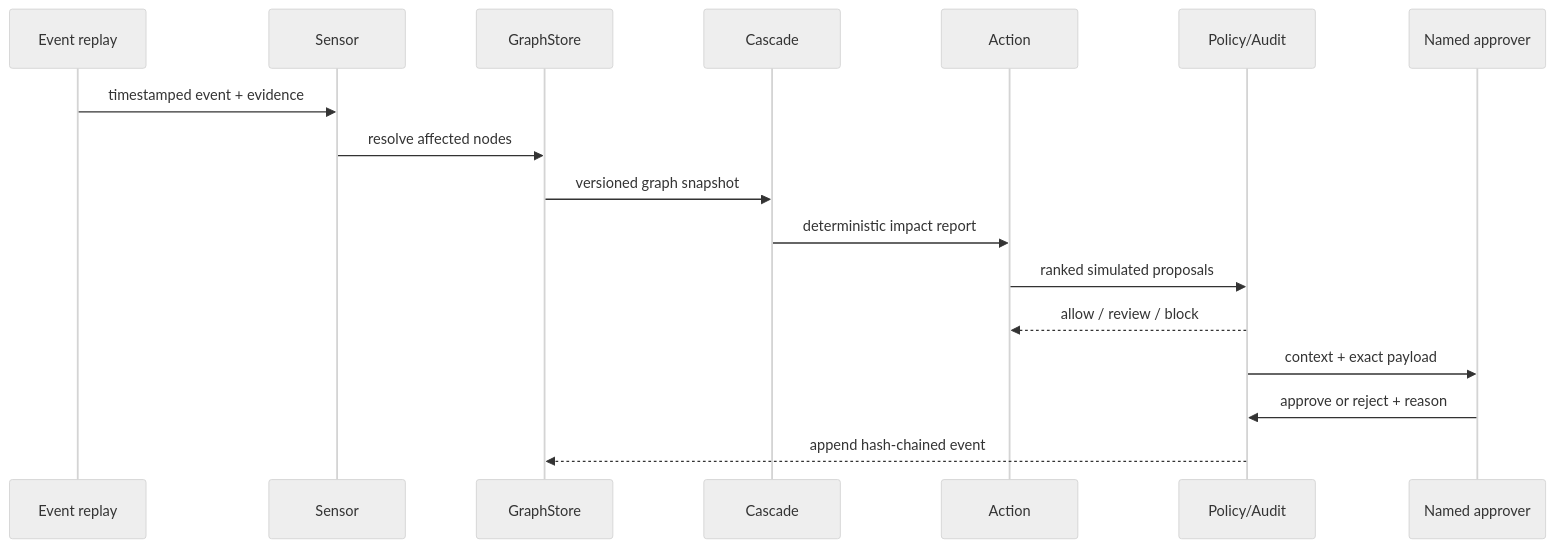
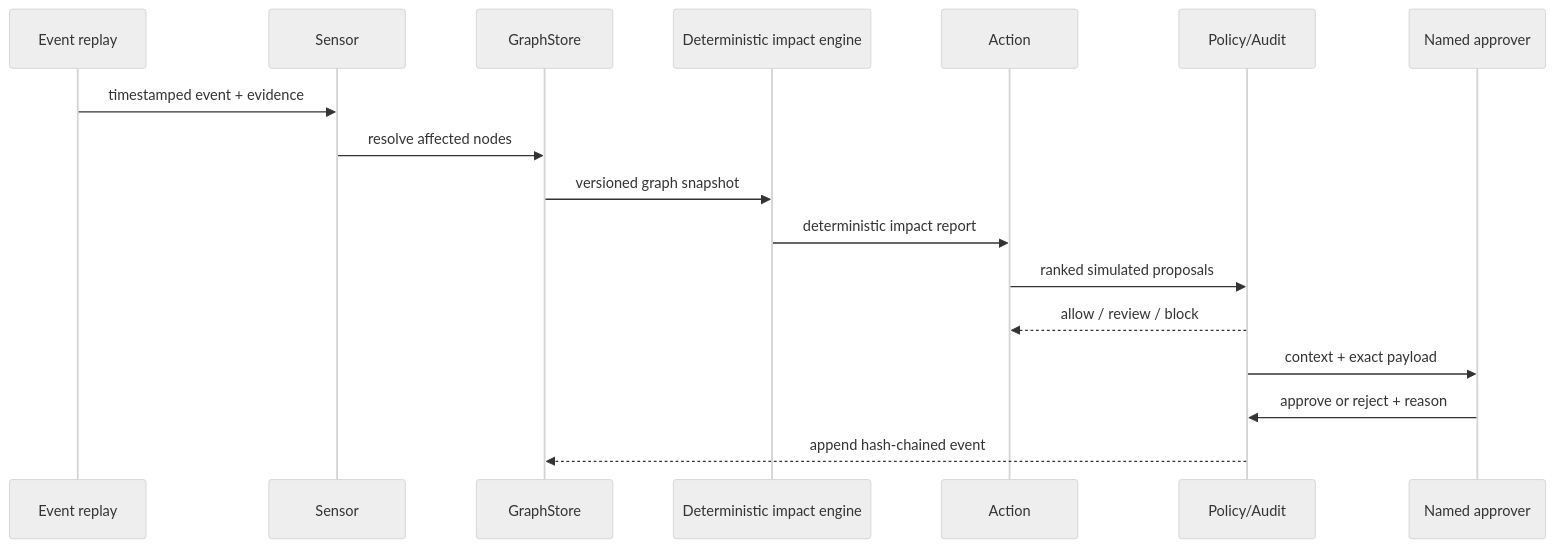
Before and after one commit to praju455/Substrata: the diagram in docs/ARCHITECTURE.md, drawn with Mermaid (neutral theme). The commit also changed other lines of this file and 15 other files, not shown here.

Commit message:
docs: align pitch architecture and add revision guide

````diff
--- a/docs/ARCHITECTURE.md
+++ b/docs/ARCHITECTURE.md
@@ -255,19 +257,19 @@
 ```mermaid
 sequenceDiagram
     participant Feed as Event replay
     participant Sensor
     participant Graph as GraphStore
-    participant Cascade
+    participant Impact as Deterministic impact engine
     participant Action
     participant Policy as Policy/Audit
     participant Human as Named approver
     Feed->>Sensor: timestamped event + evidence
     Sensor->>Graph: resolve affected nodes
-    Graph->>Cascade: versioned graph snapshot
-    Cascade->>Action: deterministic impact report
+    Graph->>Impact: versioned graph snapshot
+    Impact->>Action: deterministic impact report
     Action->>Policy: ranked simulated proposals
     Policy-->>Action: allow / review / block
     Policy->>Human: context + exact payload
     Human->>Policy: approve or reject + reason
     Policy-->>Graph: append hash-chained event
 ```
````
